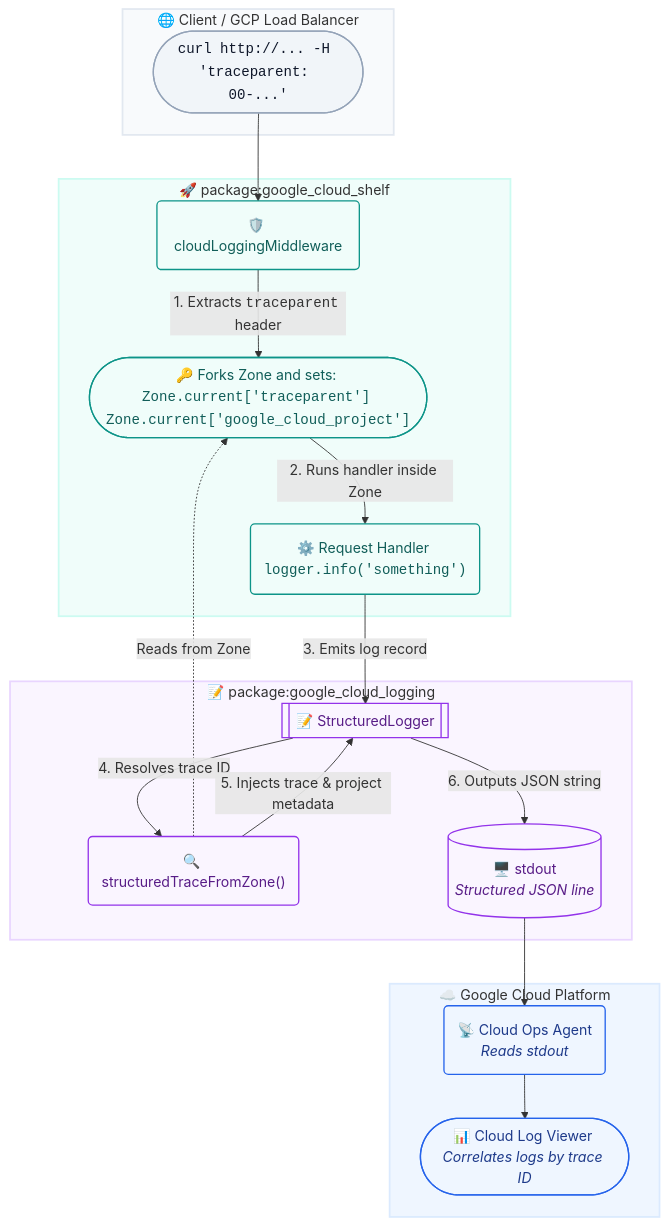
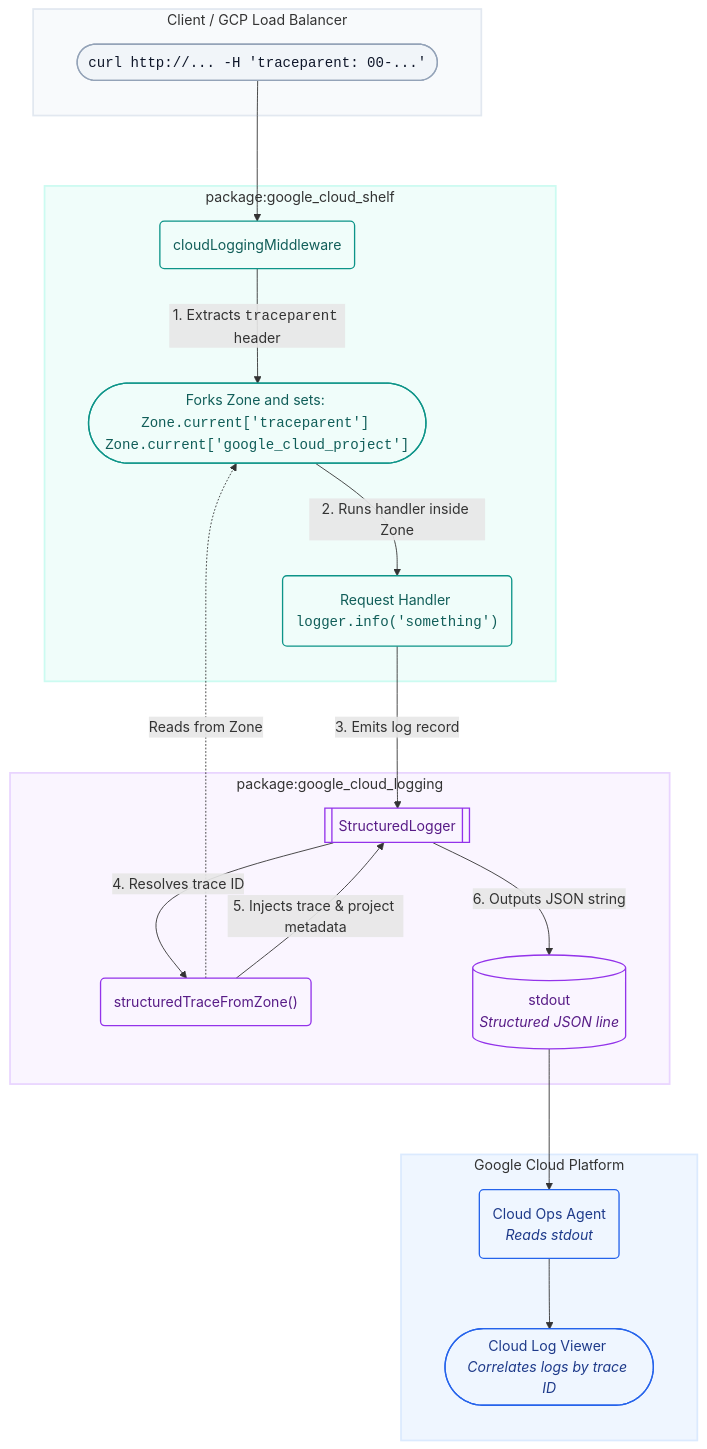
Before and after one commit to googleapis/google-cloud-dart: the diagram in pkgs/google_cloud_logging/ARCHITECTURE.md, drawn with Mermaid.

````diff
--- a/pkgs/google_cloud_logging/ARCHITECTURE.md
+++ b/pkgs/google_cloud_logging/ARCHITECTURE.md
@@ -47,53 +47,54 @@
 ```mermaid
+%%{init: {'flowchart': {'nodeSpacing': 80, 'rankSpacing': 80, 'subGraphPadding': 30}}}%%
 flowchart TD
     %% Subgraph styling
     style Client fill:#F8FAFC,stroke:#E2E8F0,stroke-width:2px
     style Shelf fill:#F0FDFA,stroke:#CCFBF1,stroke-width:2px
     style Logging fill:#FAF5FF,stroke:#E9D5FF,stroke-width:2px
     style GCP fill:#EFF6FF,stroke:#DBEAFE,stroke-width:2px
 
-    subgraph Client["🌐 Client / GCP Load Balancer"]
-        Req(["<code>curl http://... -H 'traceparent: 00-...'</code>"])
+    subgraph Client["Client / GCP Load Balancer"]
+        Req(["<code style='white-space: nowrap;'>curl http://... -H 'traceparent: 00-...'</code>"])
     end
 
-    subgraph Shelf["🚀 package:google_cloud_shelf"]
-        MW("🛡️ cloudLoggingMiddleware")
-        Zone(["🔑 Forks Zone and sets: <br><code>Zone.current['traceparent']</code> <br><code>Zone.current['google_cloud_project']</code>"])
-        Handler("⚙️ Request Handler <br><code>logger.info('something')</code>")
+    subgraph Shelf["package:google_cloud_shelf"]
+        MW("cloudLoggingMiddleware")
+        Zone(["Forks Zone and sets: <br><code>Zone.current['traceparent']</code> <br><code>Zone.current['google_cloud_project']</code>"])
+        Handler("Request Handler <br><code>logger.info('something')</code>")
 
         Req --> MW
         MW -->|"1. Extracts <code>traceparent</code> header"| Zone
         Zone -->|"2. Runs handler inside Zone"| Handler
     end
 
-    subgraph Logging["📝 package:google_cloud_logging"]
-        SL[["📝 StructuredLogger"]]
-        TraceZone("🔍 structuredTraceFromZone()")
-        Stdout[("🖥️ stdout <br><i>Structured JSON line</i>")]
+    subgraph Logging["package:google_cloud_logging"]
+        SL[["StructuredLogger"]]
+        TraceZone("structuredTraceFromZone()")
+        Stdout[("stdout <br><i>Structured JSON line</i>")]
 
         Handler -->|"3. Emits log record"| SL
         SL -->|"4. Resolves trace ID"| TraceZone
         TraceZone -.->|"Reads from Zone"| Zone
         TraceZone -->|"5. Injects trace & project metadata"| SL
         SL -->|"6. Outputs JSON string"| Stdout
     end
 
-    subgraph GCP["☁️ Google Cloud Platform"]
-        Agent("📡 Cloud Ops Agent <br><i>Reads stdout</i>")
-        Viewer(["📊 Cloud Log Viewer <br><i>Correlates logs by trace ID</i>"])
+    subgraph GCP["Google Cloud Platform"]
+        Agent("Cloud Ops Agent <br><i>Reads stdout</i>")
+        Viewer(["Cloud Log Viewer <br><i>Correlates logs by trace ID</i>"])
 
         Stdout --> Agent
         Agent --> Viewer
     end
 
     %% Node styling classes for a premium theme
     classDef clientNode fill:#F1F5F9,stroke:#94A3B8,stroke-width:1.5px,color:#0F172A;
     classDef shelfNode fill:#F0FDFA,stroke:#0D9488,stroke-width:1.5px,color:#115E59;
     classDef loggingNode fill:#FAF5FF,stroke:#9333EA,stroke-width:1.5px,color:#581C87;
     classDef gcpNode fill:#EFF6FF,stroke:#2563EB,stroke-width:1.5px,color:#1E3A8A;
 
     class Req clientNode;
     class MW,Zone,Handler shelfNode;
     class SL,TraceZone,Stdout loggingNode;
     class Agent,Viewer gcpNode;
 ```
````
